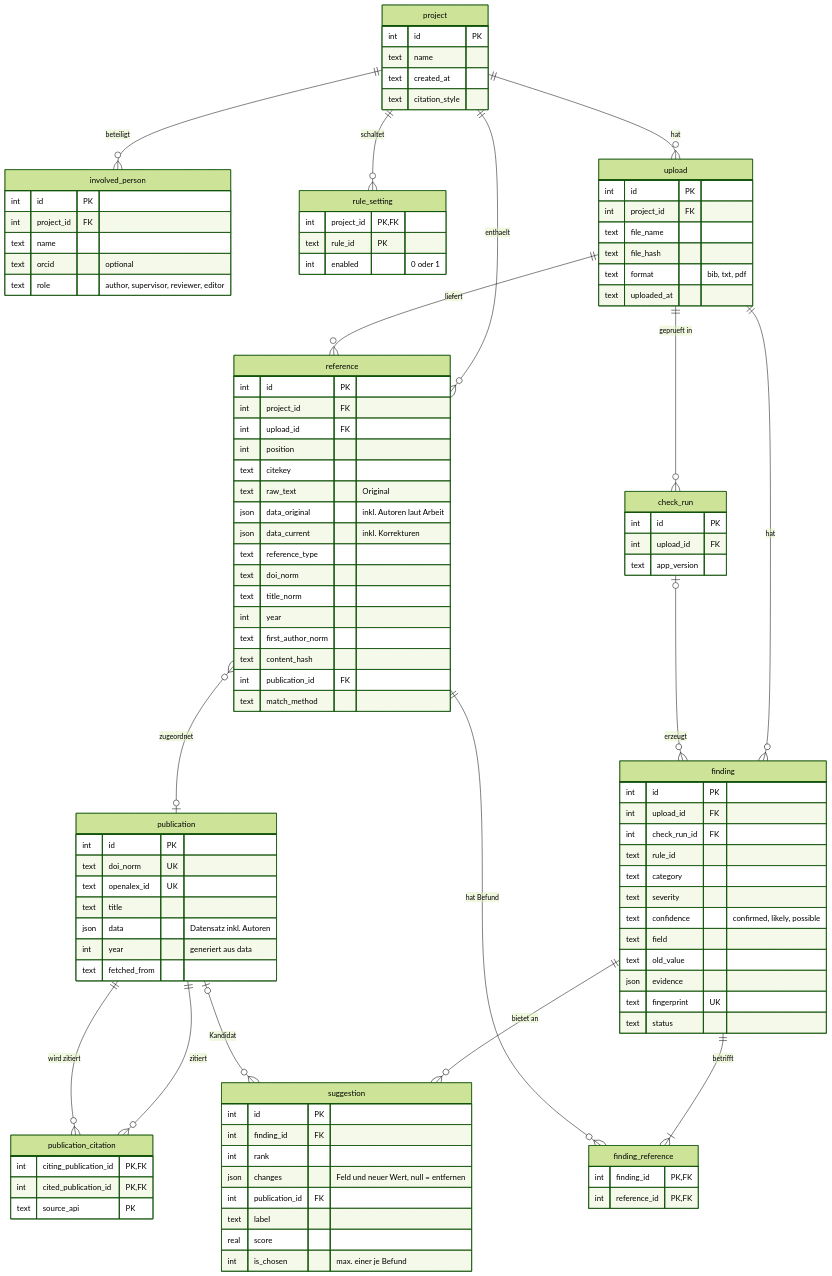
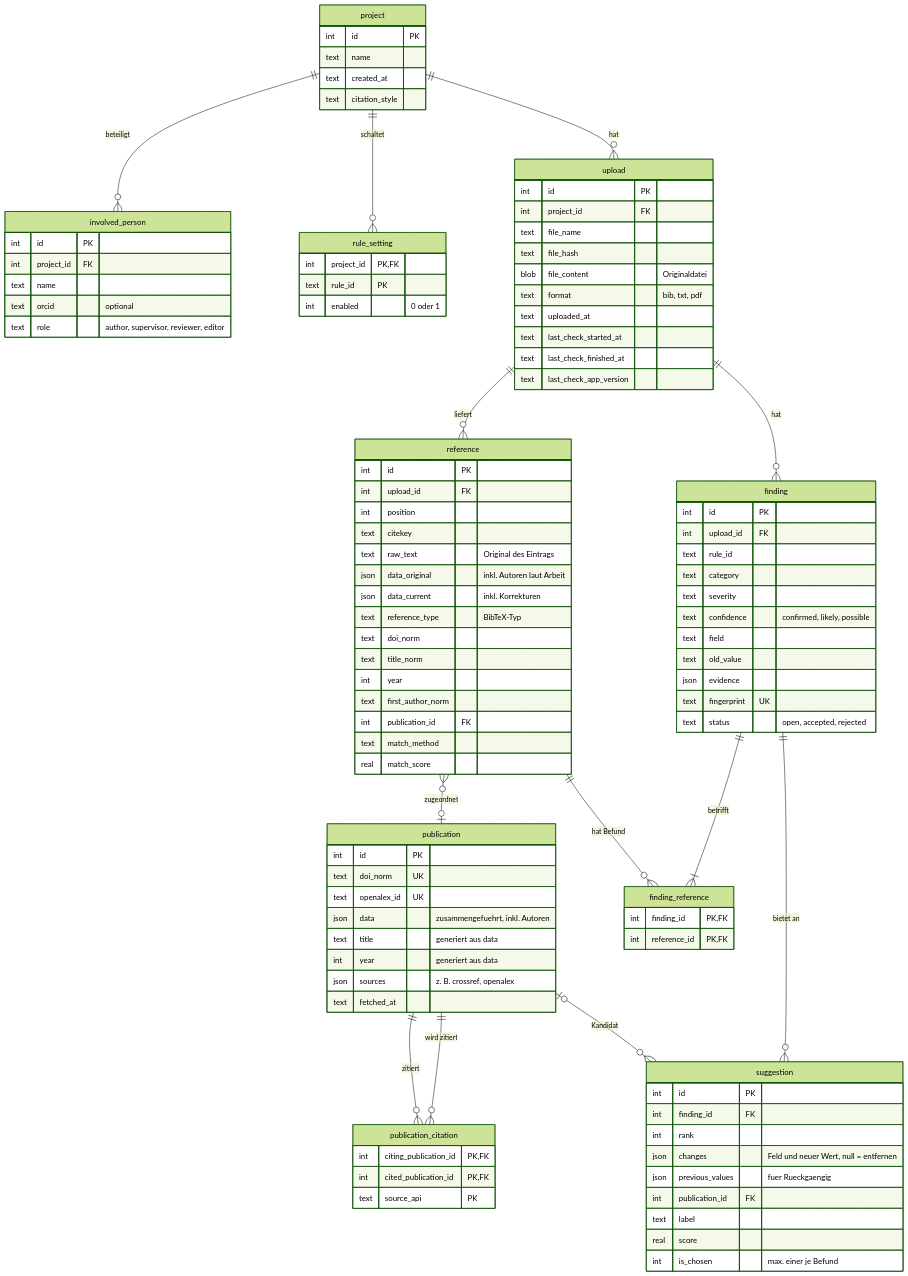
The second of 2 diagrams in README.md (DHBW-BOBR/BOBR), drawn with Mermaid (forest theme) before and after one commit. The commit also changed other lines of this file, not shown here.

Commit message:
Revise README for BOBR database schema version 0.8
Updated the README to reflect changes in the database schema and terminology.

```diff
--- a/README.md
+++ b/README.md
@@ -155,14 +167,11 @@
   project ||--o{ involved_person : "beteiligt"
   project ||--o{ rule_setting : "schaltet"
   project ||--o{ upload : "hat"
-  project ||--o{ reference : "enthaelt"
   upload ||--o{ reference : "liefert"
-  upload ||--o{ check_run : "geprueft in"
   upload ||--o{ finding : "hat"
   reference }o--o| publication : "zugeordnet"
   publication ||--o{ publication_citation : "zitiert"
   publication ||--o{ publication_citation : "wird zitiert"
-  check_run |o--o{ finding : "erzeugt"
   finding ||--|{ finding_reference : "betrifft"
   reference ||--o{ finding_reference : "hat Befund"
   finding ||--o{ suggestion : "bietet an"
@@ -190,50 +199,48 @@
     int project_id FK
     text file_name
     text file_hash
+    blob file_content "Originaldatei"
     text format "bib, txt, pdf"
     text uploaded_at
+    text last_check_started_at
+    text last_check_finished_at
+    text last_check_app_version
   }
   reference {
     int id PK
-    int project_id FK
     int upload_id FK
     int position
     text citekey
-    text raw_text "Original"
+    text raw_text "Original des Eintrags"
     json data_original "inkl. Autoren laut Arbeit"
     json data_current "inkl. Korrekturen"
-    text reference_type
+    text reference_type "BibTeX-Typ"
     text doi_norm
     text title_norm
     int year
     text first_author_norm
-    text content_hash
     int publication_id FK
     text match_method
+    real match_score
   }
   publication {
     int id PK
     text doi_norm UK
     text openalex_id UK
-    text title
-    json data "Datensatz inkl. Autoren"
+    json data "zusammengefuehrt, inkl. Autoren"
+    text title "generiert aus data"
     int year "generiert aus data"
-    text fetched_from
+    json sources "z. B. crossref, openalex"
+    text fetched_at
   }
   publication_citation {
     int citing_publication_id PK, FK
     int cited_publication_id PK, FK
     text source_api PK
   }
-  check_run {
-    int id PK
-    int upload_id FK
-    text app_version
-  }
   finding {
     int id PK
     int upload_id FK
-    int check_run_id FK
     text rule_id
     text category
     text severity
@@ -242,7 +249,7 @@
     text old_value
     json evidence
     text fingerprint UK
-    text status
+    text status "open, accepted, rejected"
   }
   finding_reference {
     int finding_id PK, FK
@@ -253,6 +260,7 @@
     int finding_id FK
     int rank
     json changes "Feld und neuer Wert, null = entfernen"
+    json previous_values "fuer Rueckgaengig"
     int publication_id FK
     text label
     real score
```
